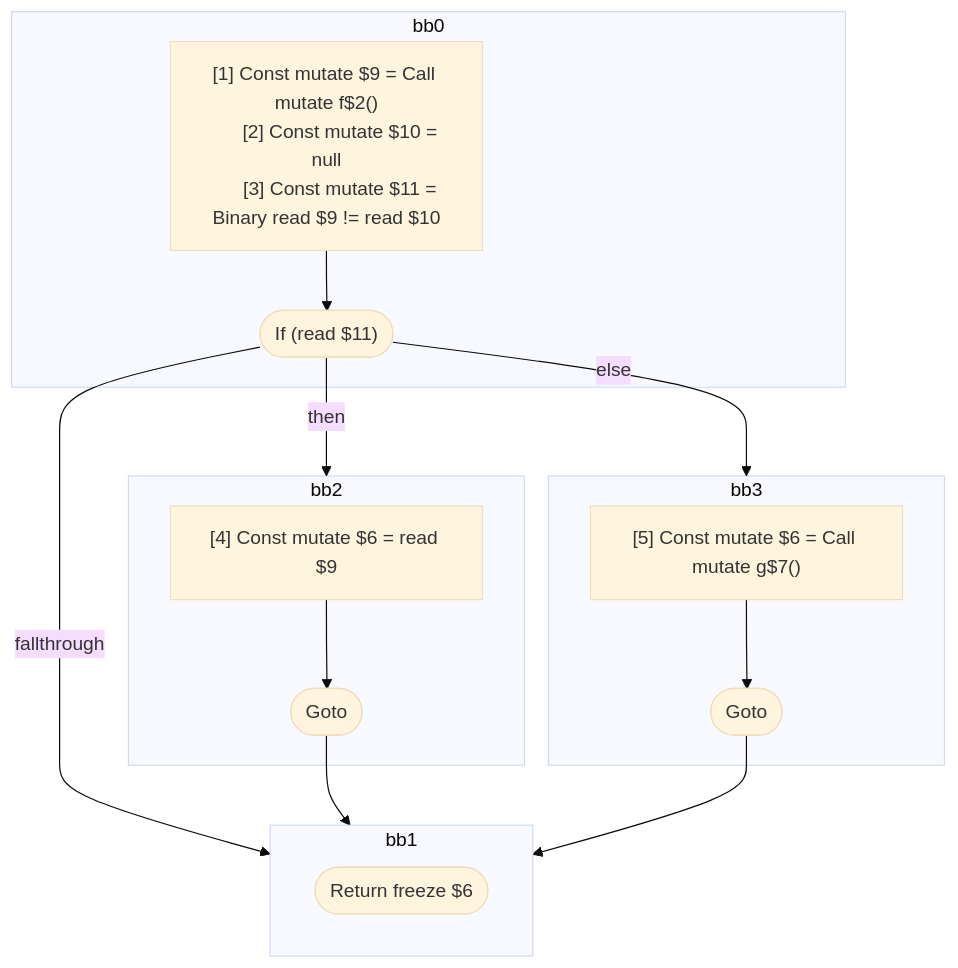
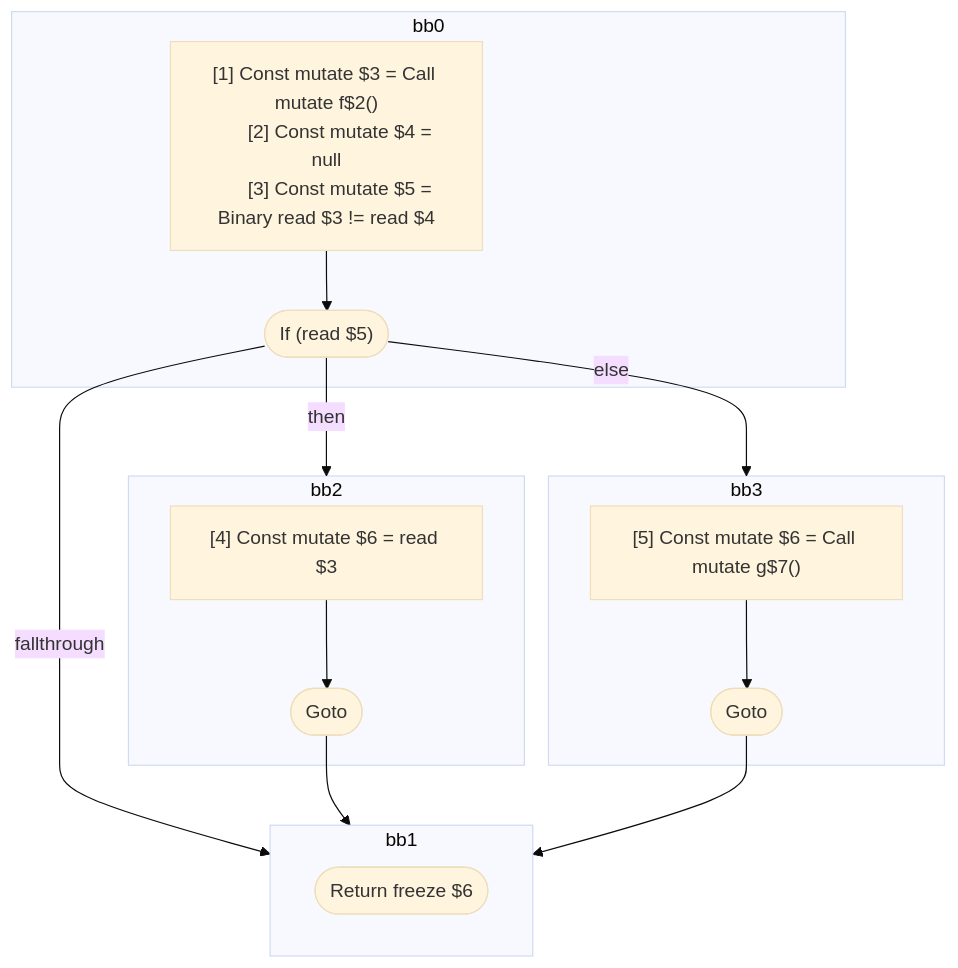
One commit to wutsmog/private changed the third of 5 diagrams in compiler/forget/src/__tests__/fixtures/hir/logical-expression.expect.md. Above: the diagram before and after it, drawn with Mermaid (base theme). The commit also changed other lines of this file and 57 other files, not shown here.

````diff
--- a/compiler/forget/src/__tests__/fixtures/hir/logical-expression.expect.md
+++ b/compiler/forget/src/__tests__/fixtures/hir/logical-expression.expect.md
@@ -177,35 +177,35 @@
 ```mermaid
 flowchart TB
   %% Basic Blocks
   subgraph bb0
     bb0_instrs["
-      [1] Const mutate $9 = Call mutate f$2()
-      [2] Const mutate $10 = null
-      [3] Const mutate $11 = Binary read $9 != read $10
+      [1] Const mutate $3 = Call mutate f$2()
+      [2] Const mutate $4 = null
+      [3] Const mutate $5 = Binary read $3 != read $4
     "]
-    bb0_instrs --> bb0_terminal(["If (read $11)"])
+    bb0_instrs --> bb0_terminal(["If (read $5)"])
   end
   subgraph bb2
     bb2_instrs["
-      [4] Const mutate $6 = read $9
+      [4] Const mutate $6 = read $3
     "]
     bb2_instrs --> bb2_terminal(["Goto"])
   end
   subgraph bb3
     bb3_instrs["
       [5] Const mutate $6 = Call mutate g$7()
     "]
     bb3_instrs --> bb3_terminal(["Goto"])
   end
   subgraph bb1
     bb1_terminal(["Return freeze $6"])
   end
 
   %% Jumps
   bb0_terminal -- then --> bb2
   bb0_terminal -- else --> bb3
   bb0_terminal -- fallthrough --> bb1
   bb2_terminal --> bb1
   bb3_terminal --> bb1
 
 ```
````
